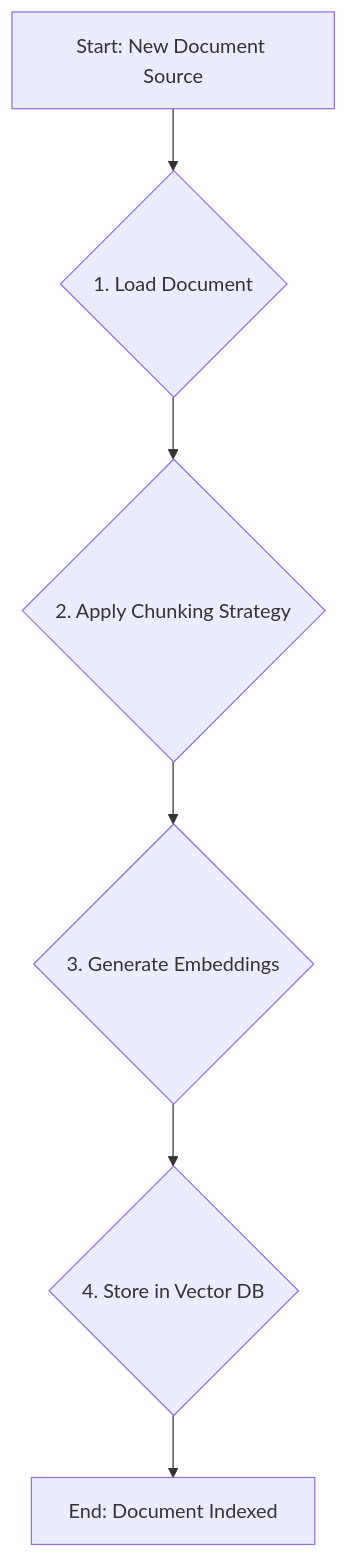
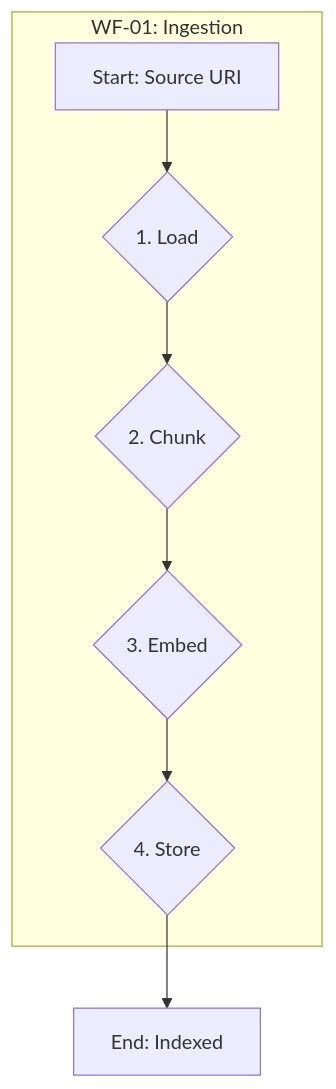
One commit to GatoaoCubo/cex changed the first of 3 diagrams in N04_knowledge/orchestration/workflow_knowledge.md. Above: the diagram before and after it, drawn with Mermaid. The commit also changed other lines of this file and 19 other files, not shown here.

````diff
--- a/N04_knowledge/orchestration/workflow_knowledge.md
+++ b/N04_knowledge/orchestration/workflow_knowledge.md
@@ -36,8 +34,10 @@
 ```mermaid
 graph TD
-    A[Start: New Document Source] --> B{1. Load Document};
-    B --> C{2. Apply Chunking Strategy};
-    C --> D{3. Generate Embeddings};
-    D --> E{4. Store in Vector DB};
-    E --> F[End: Document Indexed];
+    subgraph WF-01: Ingestion
+        A[Start: Source URI] --> B{1. Load};
+        B --> C{2. Chunk};
+        C --> D{3. Embed};
+        D --> E{4. Store};
+    end
+    E --> F[End: Indexed];
 ```
````
